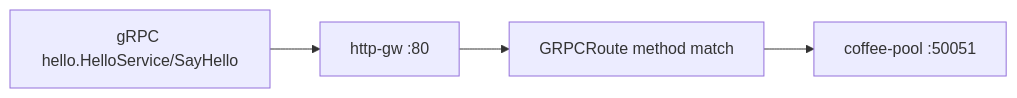
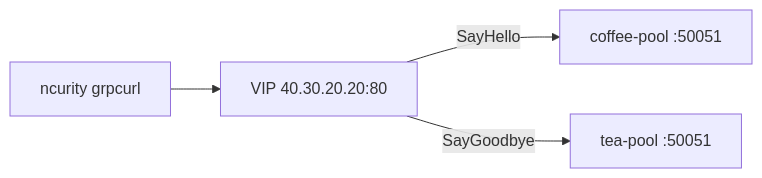
The diagram in Advanced_Feature/3.10_GRPCRoute_Method/README.md (mink0119/2609_f5bnk), drawn with Mermaid before and after one commit. The commit also changed other lines of this file and 15 other files, not shown here.

````diff
--- a/Advanced_Feature/3.10_GRPCRoute_Method/README.md
+++ b/Advanced_Feature/3.10_GRPCRoute_Method/README.md
@@ -8,6 +29,6 @@
 ```mermaid
 flowchart LR
-  C["gRPC hello.HelloService/SayHello"] --> GW[http-gw :80]
-  GW --> R[GRPCRoute method match]
-  R --> P1[coffee-pool :50051]
+  C["ncurity grpcurl"] --> GW["VIP 40.30.20.20:80"]
+  GW -->|SayHello| P1[coffee-pool :50051]
+  GW -->|SayGoodbye| P2[tea-pool :50051]
 ```
````
